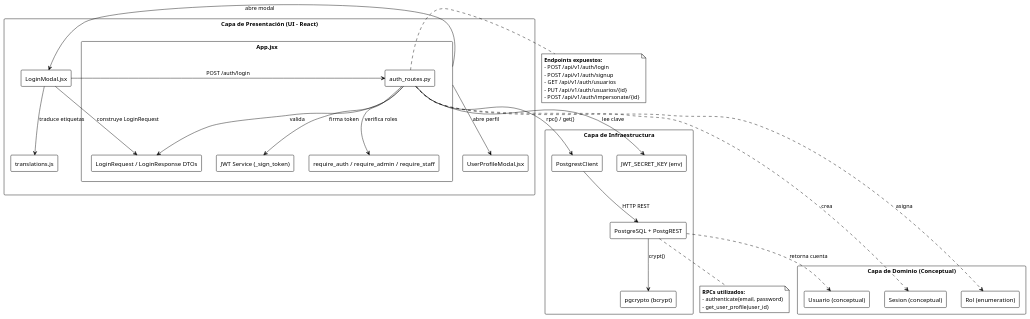
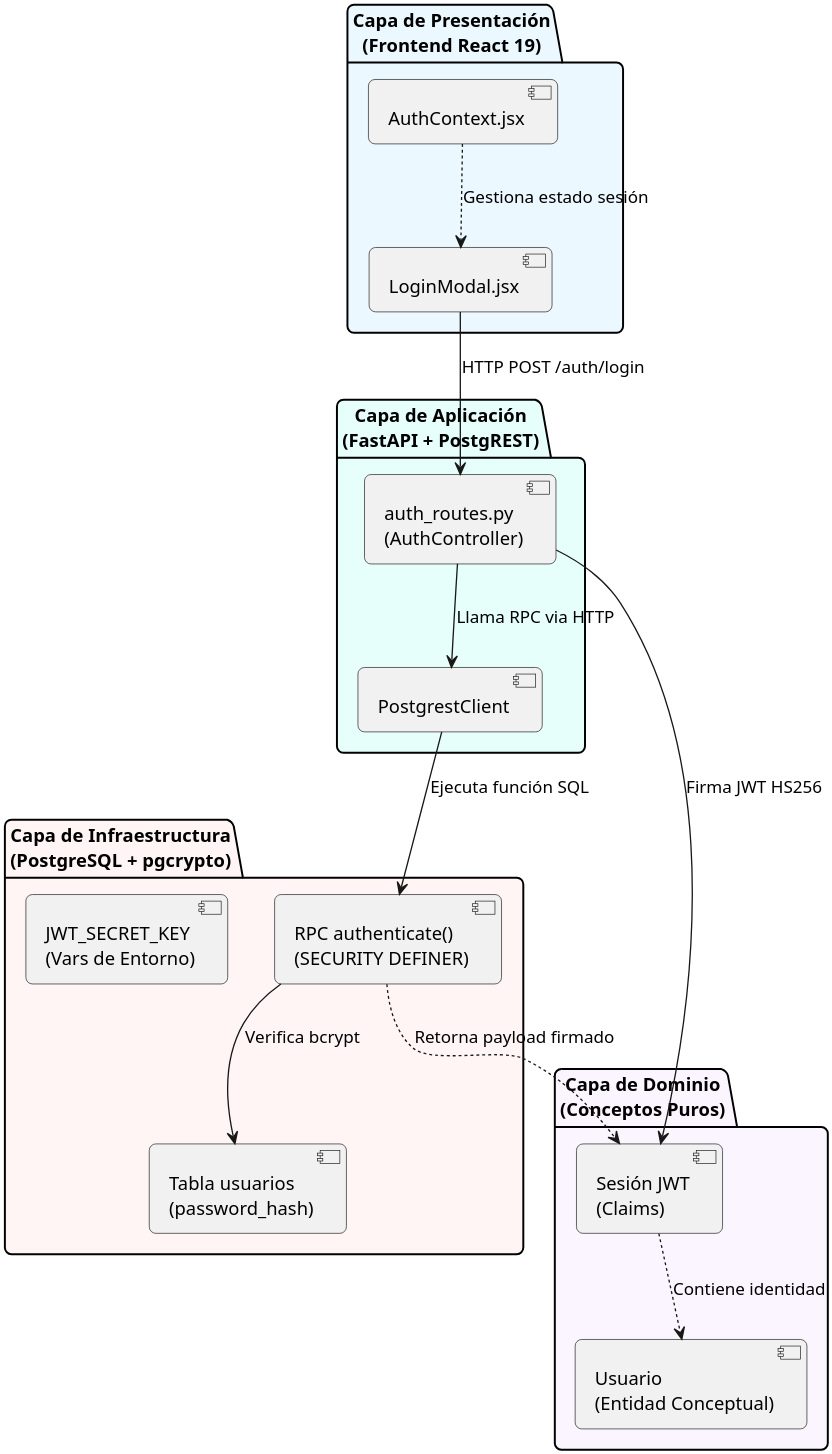
The diagram in Libros/Diagramas/CU-1/04_paquetes_uc1.puml (Tsmrain/JiuJitsu), drawn with PlantUML before and after one commit. The commit also changed 3 other files, not shown here.

Commit message:
Diagramas de UC-01 actualizados

```diff
--- a/Libros/Diagramas/CU-1/04_paquetes_uc1.puml
+++ b/Libros/Diagramas/CU-1/04_paquetes_uc1.puml
@@ -1,64 +1,39 @@
 @startuml
-!theme plain
-skinparam packageStyle rectangle
-skinparam componentStyle rectangle
+skinparam dpi 300
+skinparam defaultFontName "Arial"
+skinparam packageStyle package
+skinparam roundCorner 10
 
-package "Capa de Presentación (UI - React)" as UI {
-    [LoginModal.jsx] as LoginModal
-    [App.jsx] as App
-    [UserProfileModal.jsx] as ProfileModal
-    [translations.js] as i18n
+package "Capa de Presentación\n(Frontend React 19)" #EBF8FF {
+    [LoginModal.jsx] as UI_Login
+    [AuthContext.jsx] as UI_Auth
 }
 
-package "Capa de Aplicación (FastAPI)" as App {
-    [auth_routes.py] as AuthRoutes
-    [LoginRequest / LoginResponse DTOs] as DTOs
-    [JWT Service (_sign_token)] as JWT
-    [require_auth / require_admin / require_staff] as Guards
+package "Capa de Aplicación\n(FastAPI + PostgREST)" #E6FFFA {
+    [auth_routes.py\n(AuthController)] as API_Auth
+    [PostgrestClient] as API_DB
 }
 
-package "Capa de Dominio (Conceptual)" as Domain {
-    [Usuario (conceptual)] as Usuario
-    [Sesion (conceptual)] as Sesion
-    [Rol (enumeration)] as Rol
+package "Capa de Dominio\n(Conceptos Puros)" #FAF5FF {
+    [Usuario\n(Entidad Conceptual)] as DOM_User
+    [Sesión JWT\n(Claims)] as DOM_Session
 }
 
-package "Capa de Infraestructura" as Infra {
-    [PostgrestClient] as PgClient
-    [PostgreSQL + PostgREST] as PG
-    [pgcrypto (bcrypt)] as Crypto
-    [JWT_SECRET_KEY (env)] as Secret
+package "Capa de Infraestructura\n(PostgreSQL + pgcrypto)" #FFF5F5 {
+    [RPC authenticate()\n(SECURITY DEFINER)] as INF_RPC
+    [Tabla usuarios\n(password_hash)] as INF_TABLE
+    [JWT_SECRET_KEY\n(Vars de Entorno)] as INF_CONFIG
 }
 
-LoginModal --> AuthRoutes : POST /auth/login
-App --> LoginModal : abre modal
-App --> ProfileModal : abre perfil
-LoginModal --> i18n : traduce etiquetas
-LoginModal --> DTOs : construye LoginRequest
-AuthRoutes --> DTOs : valida
-AuthRoutes --> JWT : firma token
-AuthRoutes --> Guards : verifica roles
-AuthRoutes --> PgClient : rpc() / get()
-AuthRoutes --> Secret : lee clave
-PgClient --> PG : HTTP REST
-PG --> Crypto : crypt()
-PG ..> Usuario : retorna cuenta
-AuthRoutes ..> Sesion : crea
-AuthRoutes ..> Rol : asigna
+' Relaciones y Dependencias
+UI_Login --> API_Auth : HTTP POST /auth/login
+UI_Auth ..> UI_Login : Gestiona estado sesión
+API_Auth --> API_DB : Llama RPC via HTTP
+API_DB --> INF_RPC : Ejecuta función SQL
+INF_RPC --> INF_TABLE : Verifica bcrypt
+INF_RPC ..> DOM_Session : Retorna payload firmado
+API_Auth --> DOM_Session : Firma JWT HS256
+DOM_Session ..> DOM_User : Contiene identidad
 
-note right of AuthRoutes
-  **Endpoints expuestos:**
-  - POST /api/v1/auth/login
-  - POST /api/v1/auth/signup
-  - GET  /api/v1/auth/usuarios
-  - PUT  /api/v1/auth/usuarios/{id}
-  - POST /api/v1/auth/impersonate/{id}
-end note
-
-note bottom of PG
-  **RPCs utilizados:**
-  - authenticate(email, password)
-  - get_user_profile(user_id)
-end note
 
 @enduml
```
